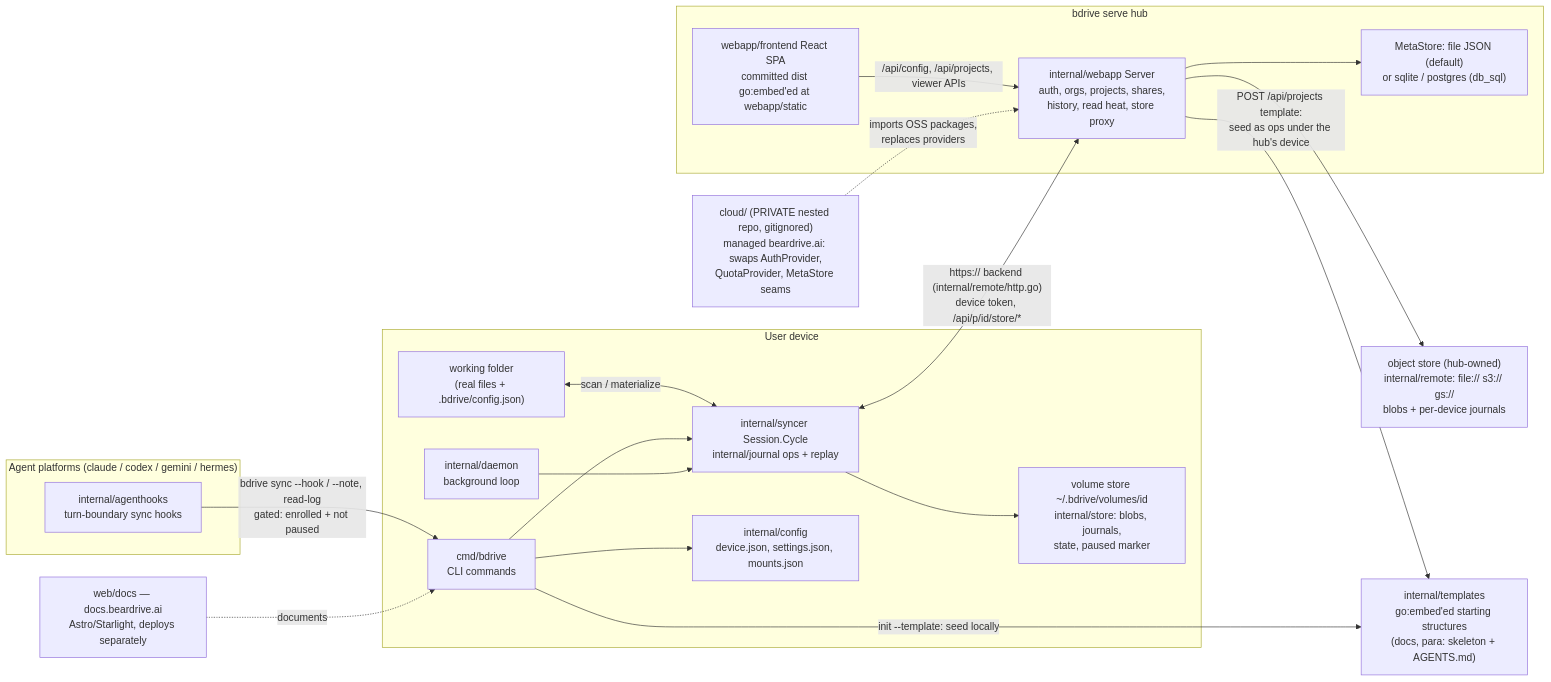
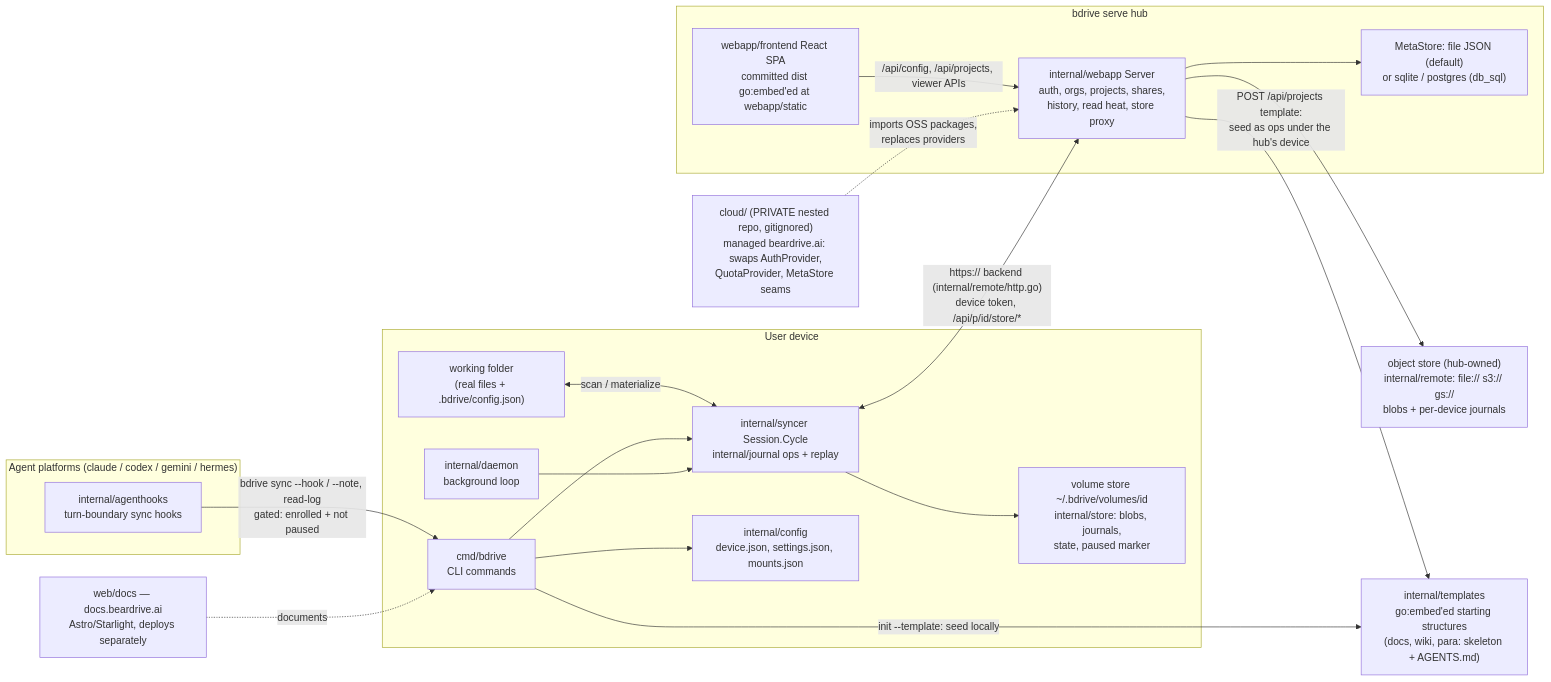
The diagram in architecture/overview.md (runbear-io/beardrive), drawn with Mermaid before and after one commit. The commit also changed 13 other files, not shown here.

````diff
--- a/architecture/overview.md
+++ b/architecture/overview.md
@@ -10,43 +10,43 @@
 ```mermaid
 flowchart LR
     subgraph device["User device"]
         wf["working folder<br/>(real files + .bdrive/config.json)"]
         cli["cmd/bdrive<br/>CLI commands"]
         dmn["internal/daemon<br/>background loop"]
         eng["internal/syncer Session.Cycle<br/>internal/journal ops + replay"]
         vs["volume store ~/.bdrive/volumes/id<br/>internal/store: blobs, journals,<br/>state, paused marker"]
         cfg["internal/config<br/>device.json, settings.json, mounts.json"]
     end
 
     subgraph agents["Agent platforms (claude / codex / gemini / hermes)"]
         hooks["internal/agenthooks<br/>turn-boundary sync hooks"]
     end
 
     subgraph hub["bdrive serve hub"]
         srv["internal/webapp Server<br/>auth, orgs, projects, shares,<br/>history, read heat, store proxy"]
         fe["webapp/frontend React SPA<br/>committed dist go:embed'ed at webapp/static"]
         meta["MetaStore: file JSON (default)<br/>or sqlite / postgres (db_sql)"]
     end
 
     store["object store (hub-owned)<br/>internal/remote: file:// s3:// gs://<br/>blobs + per-device journals"]
 
-    tpl["internal/templates<br/>go:embed'ed starting structures<br/>(docs, para: skeleton + AGENTS.md)"]
+    tpl["internal/templates<br/>go:embed'ed starting structures<br/>(docs, wiki, para: skeleton + AGENTS.md)"]
 
     docs["web/docs — docs.beardrive.ai<br/>Astro/Starlight, deploys separately"]
     cloud["cloud/ (PRIVATE nested repo, gitignored)<br/>managed beardrive.ai: swaps AuthProvider,<br/>QuotaProvider, MetaStore seams"]
 
     wf <-->|scan / materialize| eng
     cli --> eng
     dmn --> eng
     cli --> cfg
     eng --> vs
     eng <-->|"https:// backend (internal/remote/http.go)<br/>device token, /api/p/id/store/*"| srv
     hooks -->|"bdrive sync --hook / --note, read-log<br/>gated: enrolled + not paused"| cli
     srv --> store
     srv --> meta
     cli -->|"init --template: seed locally"| tpl
     srv -->|"POST /api/projects template:<br/>seed as ops under the hub's device"| tpl
     fe -->|/api/config, /api/projects, viewer APIs| srv
     cloud -.->|imports OSS packages,<br/>replaces providers| srv
     docs -.->|documents| cli
 ```
````
